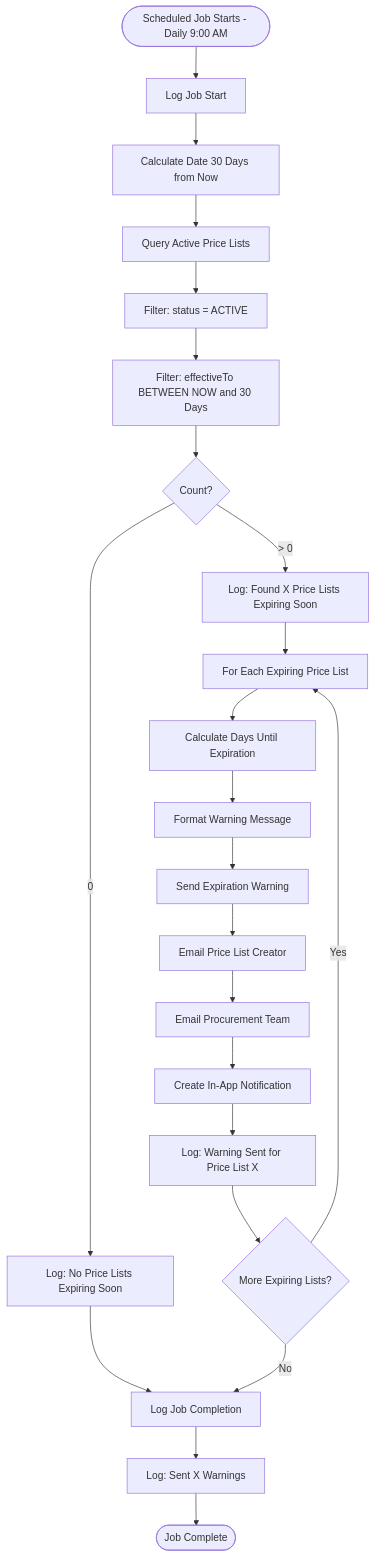
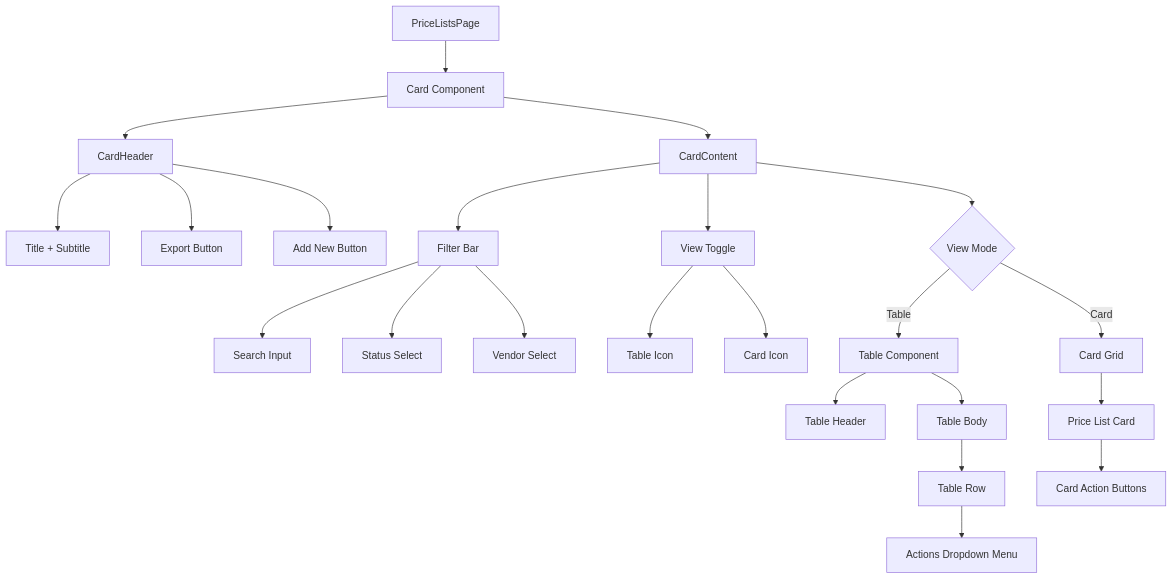
Diagram 13 of 18 in docs/app/vendor-management/price-lists/FD-price-lists.md (CarmenSoftware-organization/carmen), drawn with Mermaid before and after one commit. The commit also changed other lines of this file and 1788 other files, not shown here.

````diff
--- a/docs/app/vendor-management/price-lists/FD-price-lists.md
+++ b/docs/app/vendor-management/price-lists/FD-price-lists.md
@@ -1781,32 +388,32 @@
 ```mermaid
-flowchart TD
-    Start([Scheduled Job Starts - Daily 9:00 AM]) --> LogStart[Log Job Start]
-    LogStart --> Calculate30Days[Calculate Date 30 Days from Now]
+graph TD
+    PriceListsPage[PriceListsPage] --> Card[Card Component]
+    Card --> CardHeader[CardHeader]
+    Card --> CardContent[CardContent]
 
-    Calculate30Days --> QueryExpiring[Query Active Price Lists]
-    QueryExpiring --> FilterActive[Filter: status = ACTIVE]
-    FilterActive --> FilterDateRange[Filter: effectiveTo BETWEEN NOW and 30 Days]
+    CardHeader --> Title[Title + Subtitle]
+    CardHeader --> ExportBtn[Export Button]
+    CardHeader --> AddBtn[Add New Button]
 
-    FilterDateRange --> CountExpiring{Count?}
-    CountExpiring -->|0| NoExpiring[Log: No Price Lists Expiring Soon]
-    NoExpiring --> JobComplete
+    CardContent --> FilterBar[Filter Bar]
+    CardContent --> ViewToggle[View Toggle]
+    CardContent --> ListView{View Mode}
 
-    CountExpiring -->|> 0| LogFound[Log: Found X Price Lists Expiring Soon]
-    LogFound --> ForEachExpiring[For Each Expiring Price List]
+    FilterBar --> SearchInput[Search Input]
+    FilterBar --> StatusSelect[Status Select]
+    FilterBar --> VendorSelect[Vendor Select]
 
-    ForEachExpiring --> CalcDaysRemaining[Calculate Days Until Expiration]
-    CalcDaysRemaining --> FormatMessage[Format Warning Message]
-    FormatMessage --> SendWarning[Send Expiration Warning]
+    ViewToggle --> TableIcon[Table Icon]
+    ViewToggle --> CardIcon[Card Icon]
 
-    SendWarning --> EmailCreator[Email Price List Creator]
-    EmailCreator --> EmailProcurement[Email Procurement Team]
-    EmailProcurement --> InAppNotification[Create In-App Notification]
-    InAppNotification --> LogSent[Log: Warning Sent for Price List X]
+    ListView -->|Table| TableView[Table Component]
+    ListView -->|Card| CardGrid[Card Grid]
 
-    LogSent --> MoreExpiring{More Expiring Lists?}
-    MoreExpiring -->|Yes| ForEachExpiring
-    MoreExpiring -->|No| JobComplete[Log Job Completion]
+    TableView --> TableHeader[Table Header]
+    TableView --> TableBody[Table Body]
+    TableBody --> TableRow[Table Row]
+    TableRow --> ActionsDropdown[Actions Dropdown Menu]
 
-    JobComplete --> LogStats[Log: Sent X Warnings]
-    LogStats --> End([Job Complete])
+    CardGrid --> PriceListCard[Price List Card]
+    PriceListCard --> CardActions[Card Action Buttons]
 ```
````
